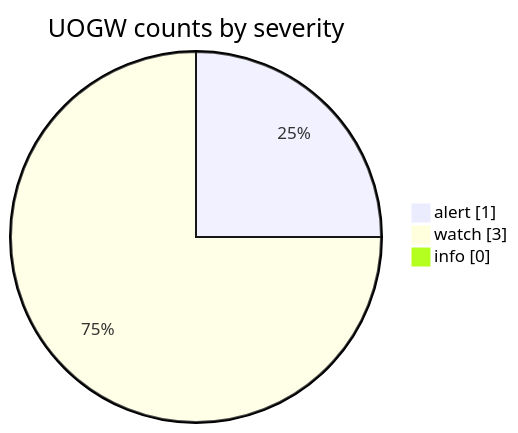
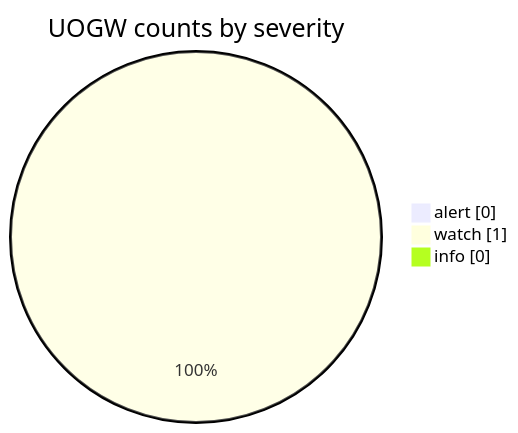
Before and after one commit to Midwest-Stratospheric/aerostratospheric-defense-gir: the fourth of 6 diagrams in docs/GRAPHS.md, drawn with Mermaid. The commit also changed other lines of this file and 24 other files, not shown here.

````diff
--- a/docs/GRAPHS.md
+++ b/docs/GRAPHS.md
@@ -66,7 +66,7 @@
 ```mermaid
 pie showData
   title UOGW counts by severity
-  "alert" : 1
-  "watch" : 3
+  "alert" : 0
+  "watch" : 1
   "info" : 0
 ```
````
